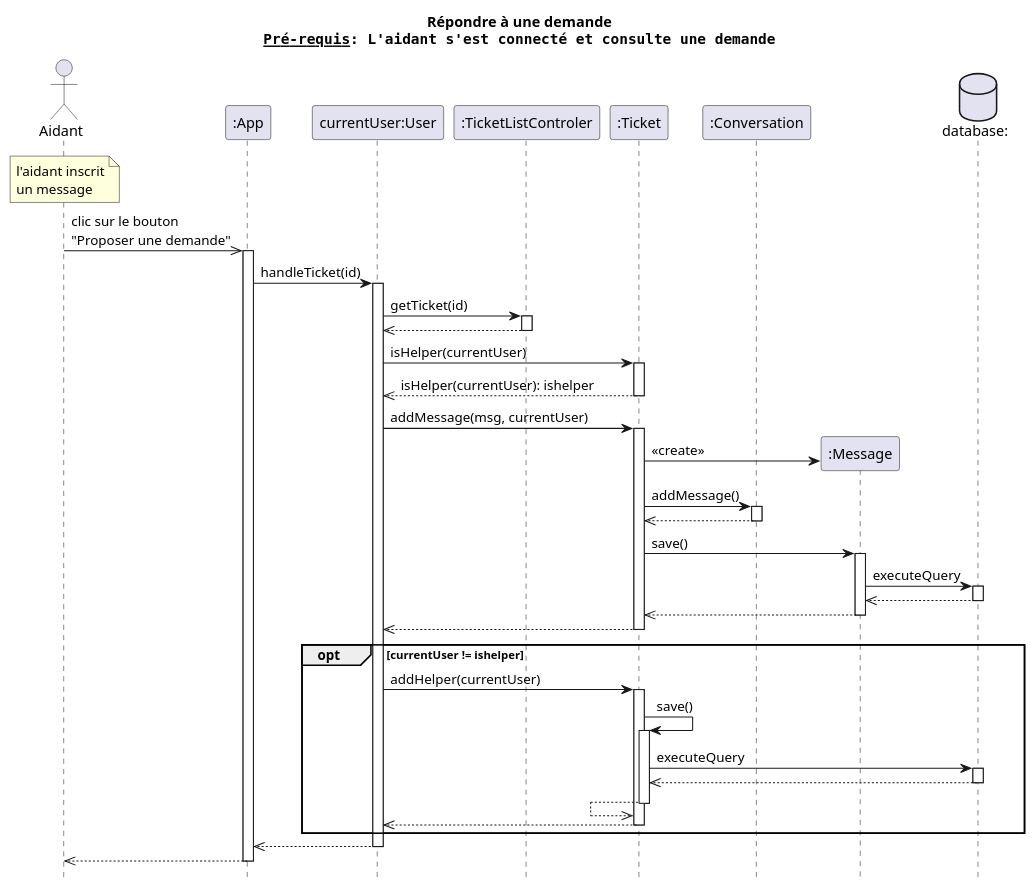
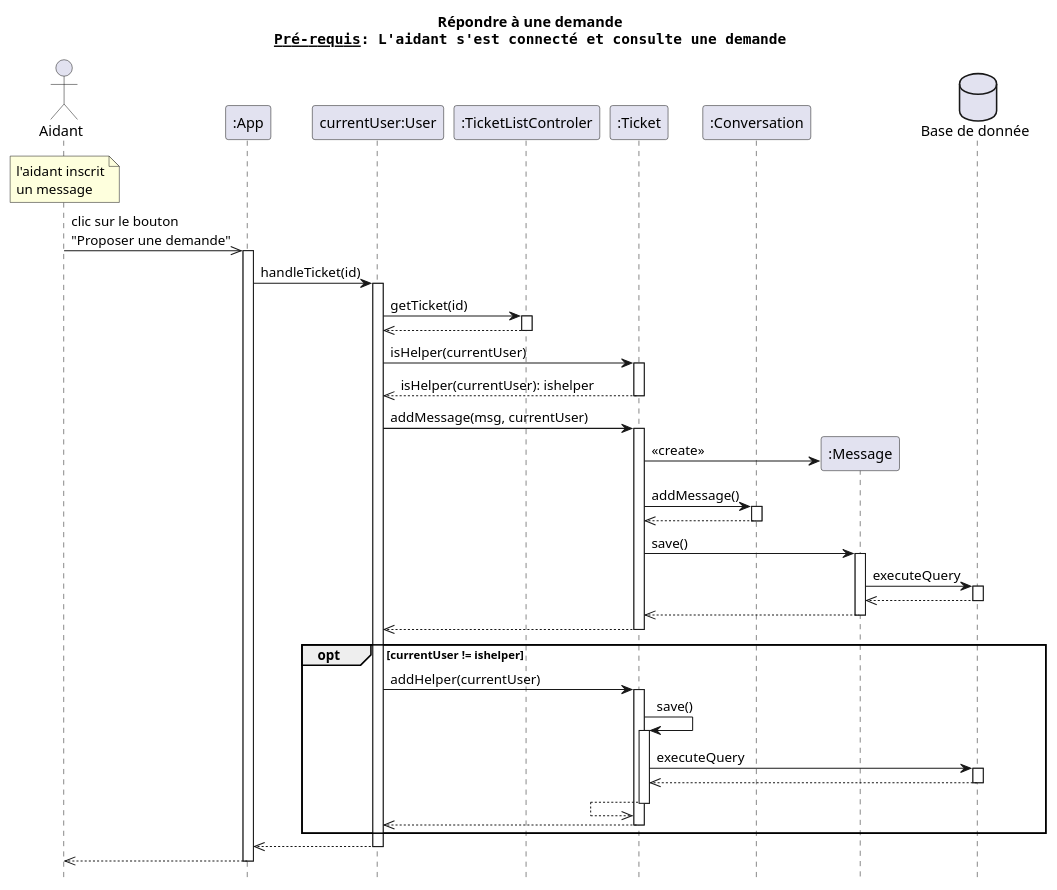
One commit to dorianleveque/CoHub changed the diagram in docs/UML/diagrammes séquence/repondre a une demande.puml. Above: the diagram before and after it, drawn with PlantUML. The commit also changed 8 other files, not shown here.

```diff
--- a/docs/UML/diagrammes séquence/repondre a une demande.puml
+++ b/docs/UML/diagrammes séquence/repondre a une demande.puml
@@ -1,72 +1,72 @@
 @startuml repondre a une demande
 title Répondre à une demande\n""__Pré-requis__: L'aidant s'est connecté et consulte une demande""
 hide footbox
 
 actor client as "Aidant" order 1
 participant app as ":App" order 2 
 participant user as "currentUser:User" order 3
 participant tlc as ":TicketListControler" order 4
 participant conv as ":Conversation" order 5
 participant ticket as ":Ticket" order 4
-database bdd as "database:"  order 7
+database bdd as "Base de donnée" order 7
 
 note over client: l'aidant inscrit\nun message
 client ->> app: clic sur le bouton\n"Proposer une demande"
 activate app
 app -> user: handleTicket(id)
 activate user
 
 user -> tlc: getTicket(id)
 activate tlc
 user <<-- tlc
 deactivate tlc
 
 user -> ticket: isHelper(currentUser)
 activate ticket
 user <<-- ticket: isHelper(currentUser): ishelper
 deactivate ticket
 
 user -> ticket: addMessage(msg, currentUser)
 activate ticket
 create msg as ":Message" order 6
 ticket -> msg: <<create>>
 
 ticket -> conv: addMessage()
 activate conv
 ticket <<-- conv
 deactivate conv
 
 ticket -> msg: save()
 activate msg
 msg -> bdd: executeQuery
 activate bdd
 msg <<-- bdd
 deactivate bdd
 ticket <<-- msg 
 deactivate msg
 
 user <<-- ticket
 deactivate ticket
 
 opt currentUser != ishelper 
 user -> ticket: addHelper(currentUser)
 activate ticket
 ticket -> ticket: save()
 activate ticket
 ticket -> bdd: executeQuery
 activate bdd
 ticket <<-- bdd
 deactivate bdd
 ticket <<-- ticket
 deactivate ticket
 user <<-- ticket
 deactivate ticket
 end
 
 app <<-- user
 deactivate user
 client <<-- app
 deactivate app
 
 
 @enduml
```
